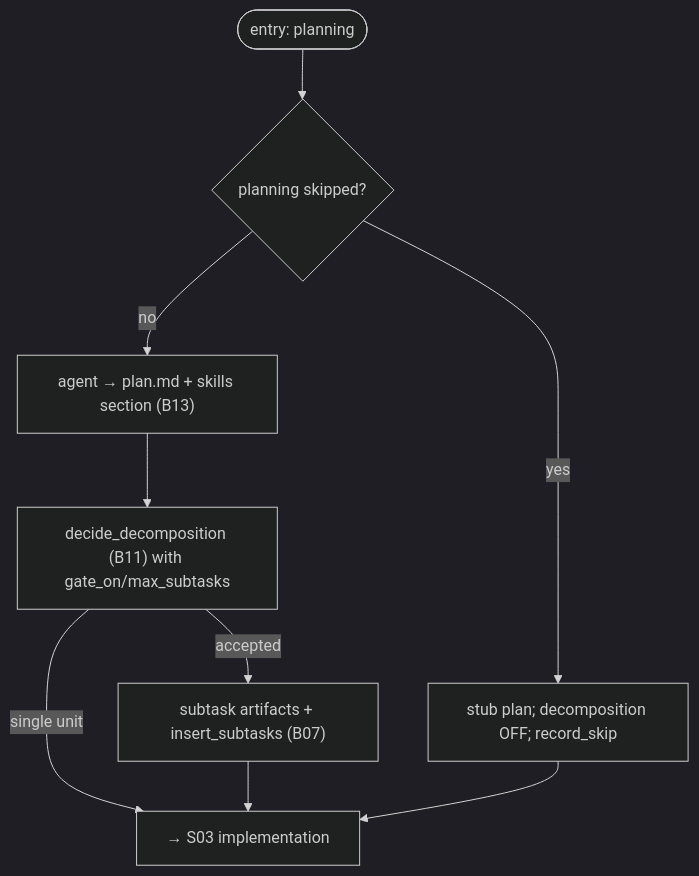
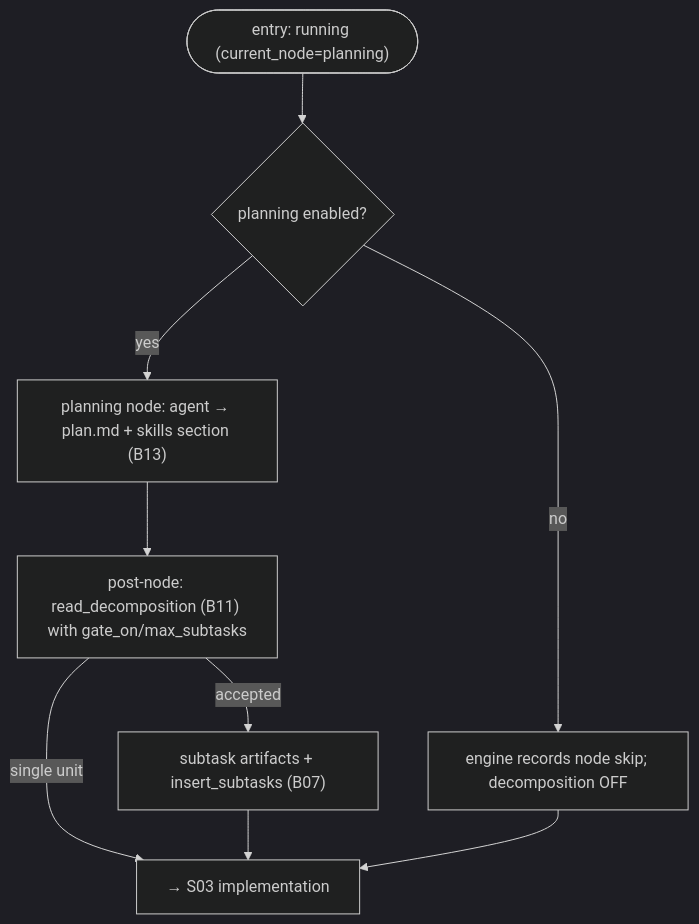
Before and after one commit to VladimirMakarevich/wastech-orchestrator: the diagram in docs/functional/flows/coding/S02-planning.md, drawn with Mermaid (dark theme). The commit also changed other lines of this file and 31 other files, not shown here.

````diff
--- a/docs/functional/flows/coding/S02-planning.md
+++ b/docs/functional/flows/coding/S02-planning.md
@@ -39,11 +39,11 @@
 ```mermaid
 flowchart TB
-    start(["entry: planning"]) --> skip{"planning skipped?"}
-    skip -->|yes| stub["stub plan; decomposition OFF; record_skip"]
-    skip -->|no| run["agent → plan.md + skills section (B13)"]
-    run --> dec["decide_decomposition (B11) with gate_on/max_subtasks"]
+    start(["entry: running (current_node=planning)"]) --> skip{"planning enabled?"}
+    skip -->|no| stub["engine records node skip; decomposition OFF"]
+    skip -->|yes| run["planning node: agent → plan.md + skills section (B13)"]
+    run --> dec["post-node: read_decomposition (B11) with gate_on/max_subtasks"]
     dec -->|accepted| subs["subtask artifacts + insert_subtasks (B07)"]
     dec -->|single unit| impl
     subs --> impl["→ S03 implementation"]
     stub --> impl
 ```
````
